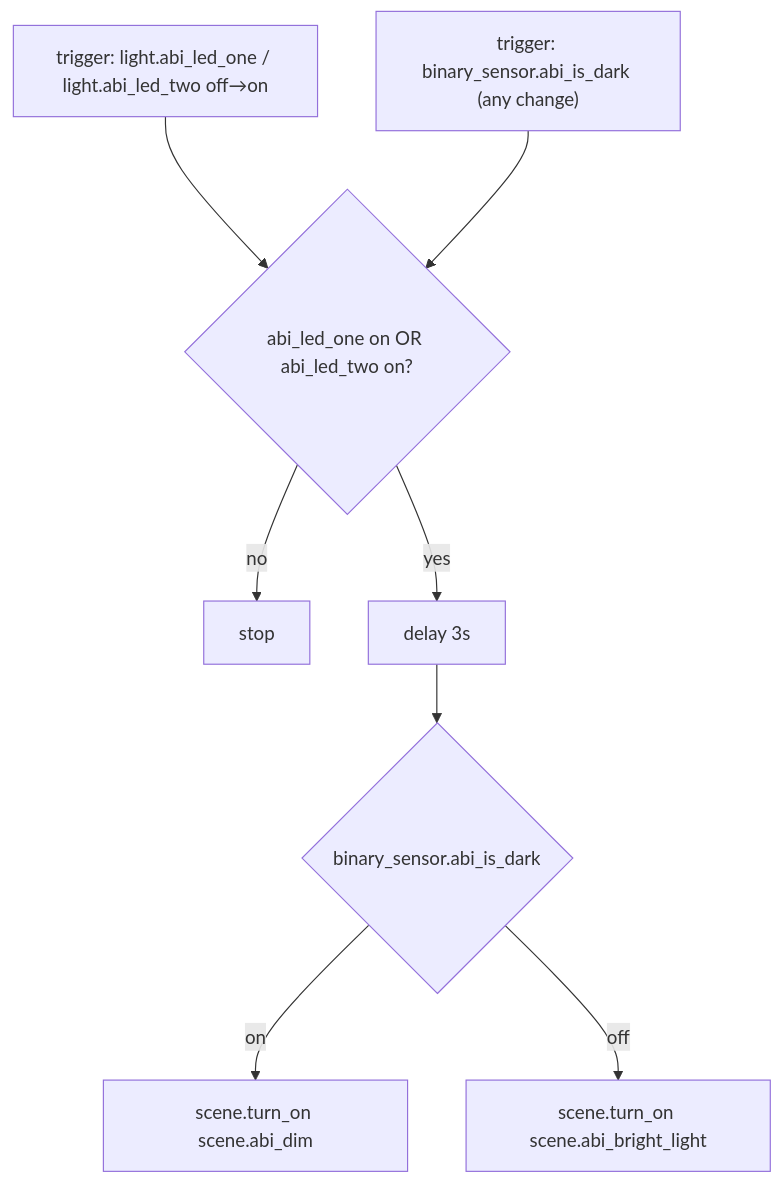
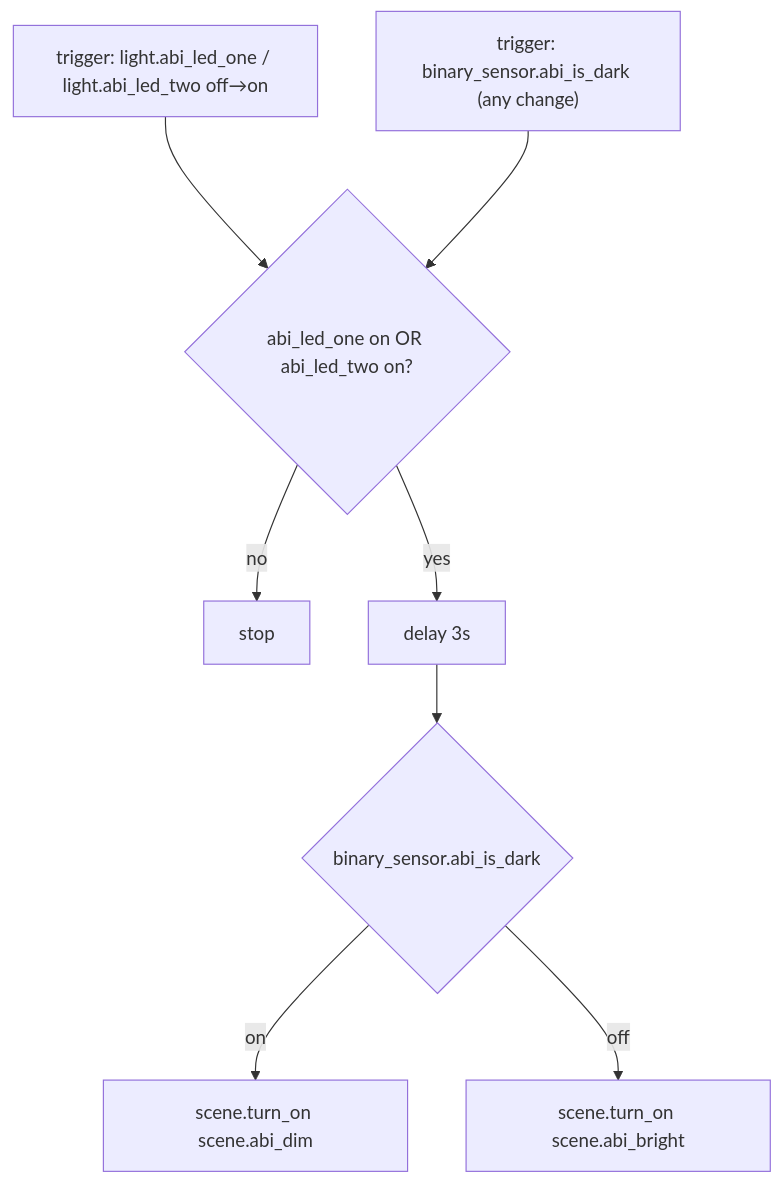
Before and after one commit to nerami/terminus-config: the diagram in docs/automations/abi.md, drawn with Mermaid. The commit also changed other lines of this file and 12 other files, not shown here.

````diff
--- a/docs/automations/abi.md
+++ b/docs/automations/abi.md
@@ -18,13 +18,13 @@
 ```mermaid
 flowchart TD
     T1["trigger: light.abi_led_one / light.abi_led_two off→on"]
     T2["trigger: binary_sensor.abi_is_dark (any change)"]
     T1 --> C
     T2 --> C
     C{"abi_led_one on OR abi_led_two on?"}
     C -- no --> X["stop"]
     C -- yes --> D["delay 3s"]
     D --> S{"binary_sensor.abi_is_dark"}
     S -- on --> DIM["scene.turn_on scene.abi_dim"]
-    S -- off --> DAY["scene.turn_on scene.abi_bright_light"]
+    S -- off --> DAY["scene.turn_on scene.abi_bright"]
 ```
````
